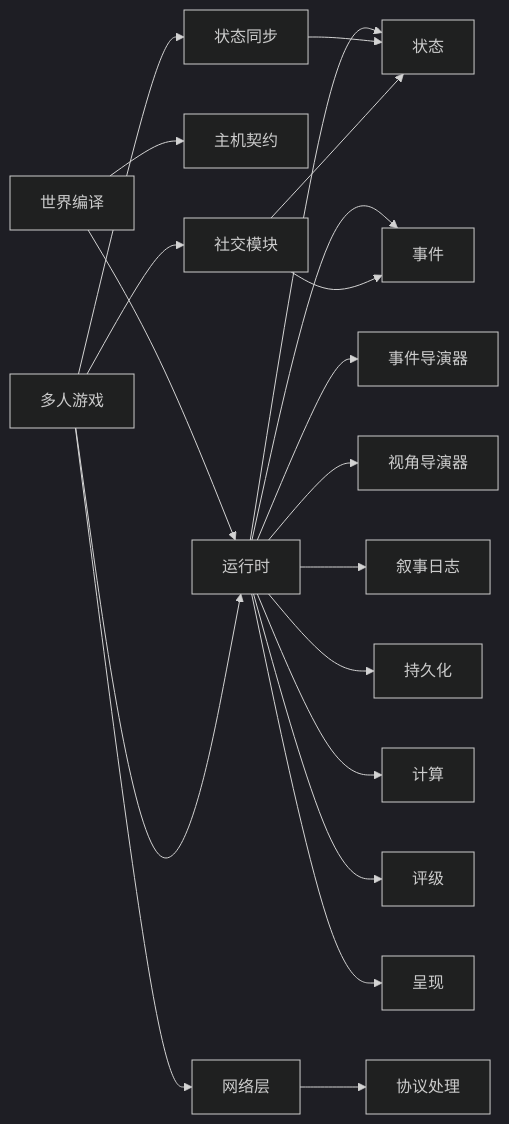
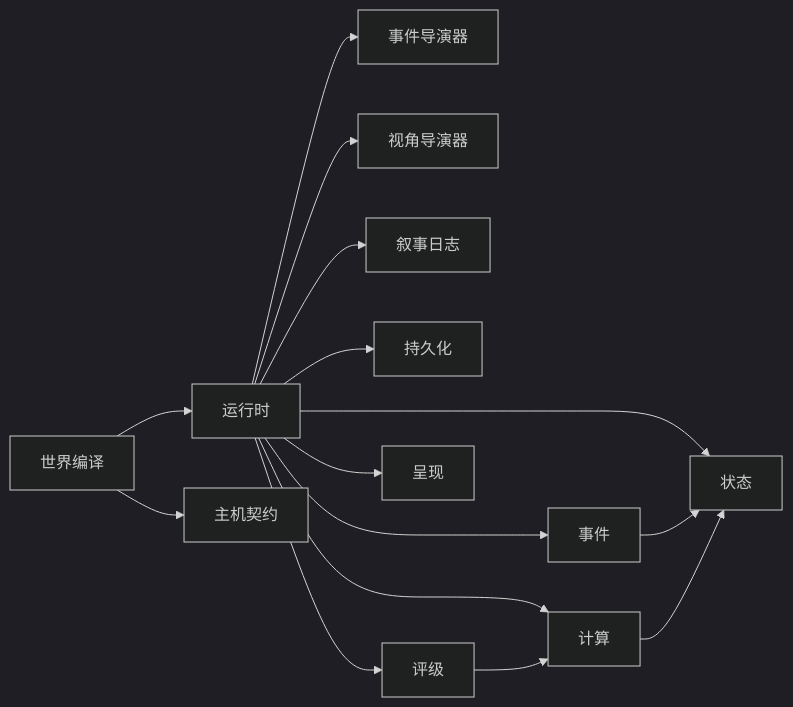
One commit to Ivandanslespace/thegreatnovel changed the ninth of 9 diagrams in .qoder/repowiki/zh/content/运行时系统/公共生存模式.md. Above: the diagram before and after it, drawn with Mermaid (dark theme). The commit also changed other lines of this file and 100 other files, not shown here.

````diff
--- a/.qoder/repowiki/zh/content/运行时系统/公共生存模式.md
+++ b/.qoder/repowiki/zh/content/运行时系统/公共生存模式.md
@@ -742,22 +455,17 @@
 ```mermaid
 graph LR
 Runtime["运行时"] --> State["状态"]
 Runtime --> Events["事件"]
 Runtime --> EventDir["事件导演器"]
 Runtime --> PersDir["视角导演器"]
 Runtime --> Log["叙事日志"]
 Runtime --> Persist["持久化"]
 Runtime --> Calc["计算"]
 Runtime --> Ratings["评级"]
 Runtime --> Present["呈现"]
 WorldCompiler["世界编译"] --> Runtime
 WorldCompiler --> Contract["主机契约"]
-Multiplayer["多人游戏"] --> Runtime
-Multiplayer --> Network["网络层"]
-Multiplayer --> Sync["状态同步"]
-Multiplayer --> Social["社交模块"]
-Network --> Protocol["协议处理"]
-Sync --> State
-Social --> State
-Social --> Events
+Events --> State
+Calc --> State
+Ratings --> Calc
 ```
````
